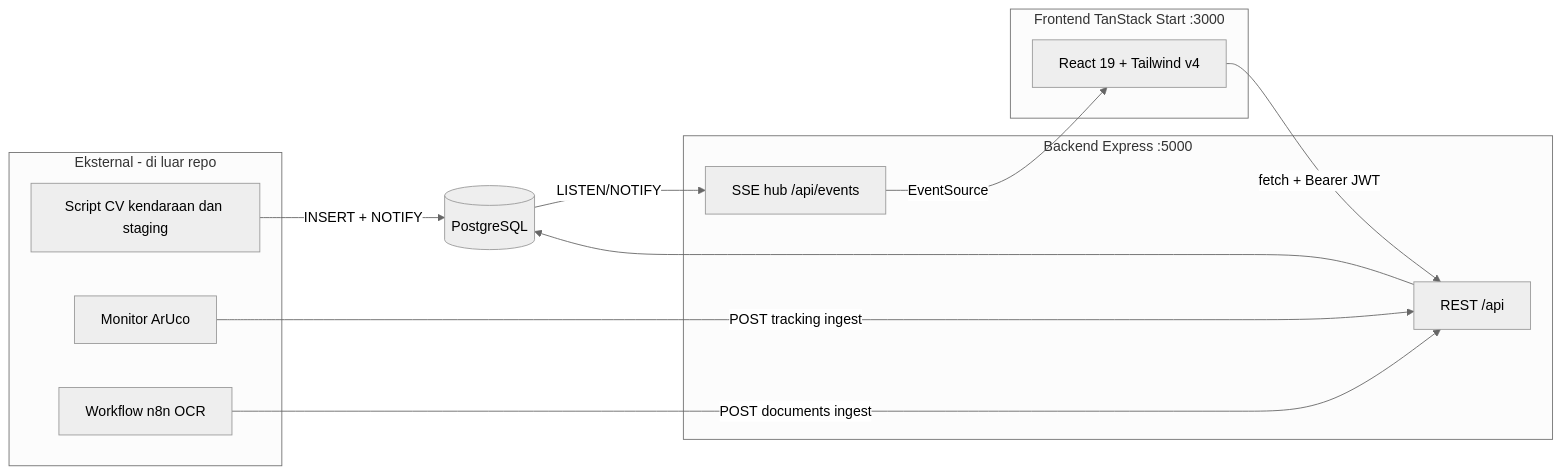
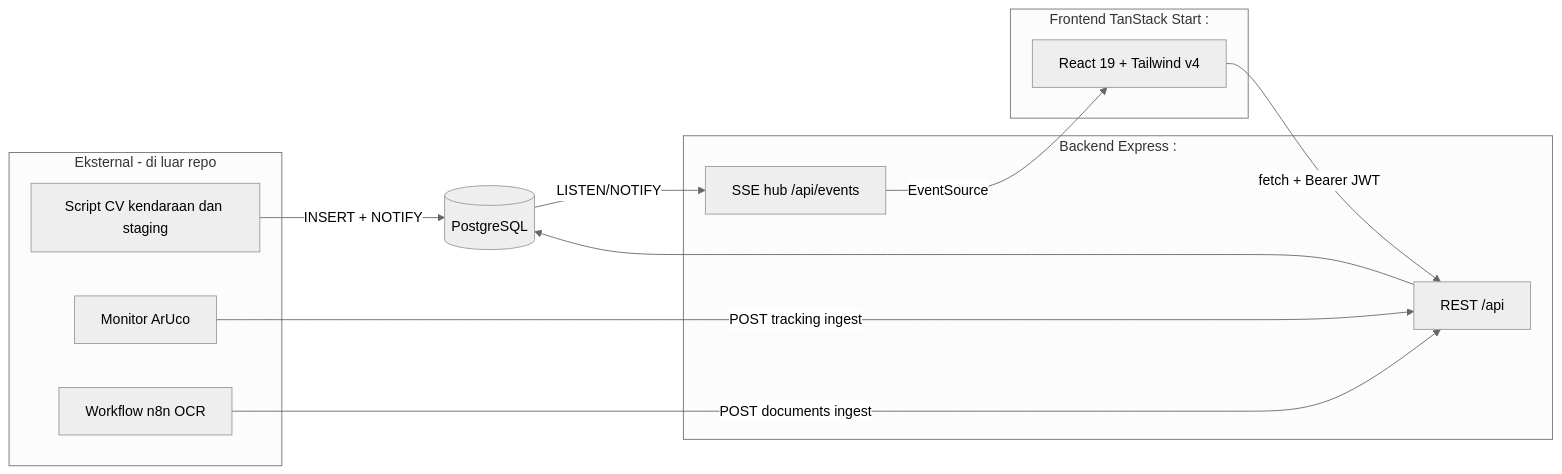
The first of 9 diagrams in docs/ARCHITECTURE.md (fatwaratantjakusumajati/evidence-log), drawn with Mermaid (neutral theme) before and after one commit. The commit also changed other lines of this file and 1 other file, not shown here.

Commit message:
docs: sanitasi URL dan port dengan placeholder keamanan

````diff
--- a/docs/ARCHITECTURE.md
+++ b/docs/ARCHITECTURE.md
@@ -27,23 +34,23 @@
 ```mermaid
 flowchart LR
   subgraph EXT[Eksternal - di luar repo]
     CV[Script CV kendaraan dan staging]
     CAM[Monitor ArUco]
     N8N[Workflow n8n OCR]
   end
-  subgraph BE[Backend Express :5000]
+  subgraph BE[Backend Express :<PORT_BACKEND>]
     API[REST /api]
     HUB[SSE hub /api/events]
   end
-  subgraph FE[Frontend TanStack Start :3000]
+  subgraph FE[Frontend TanStack Start :<PORT_FRONTEND>]
     UI[React 19 + Tailwind v4]
   end
   DB[(PostgreSQL)]
   CV -->|INSERT + NOTIFY| DB
   CAM -->|POST tracking ingest| API
   N8N -->|POST documents ingest| API
   UI -->|fetch + Bearer JWT| API
   API --> DB
   DB -->|LISTEN/NOTIFY| HUB
   HUB -->|EventSource| UI
 ```
````
